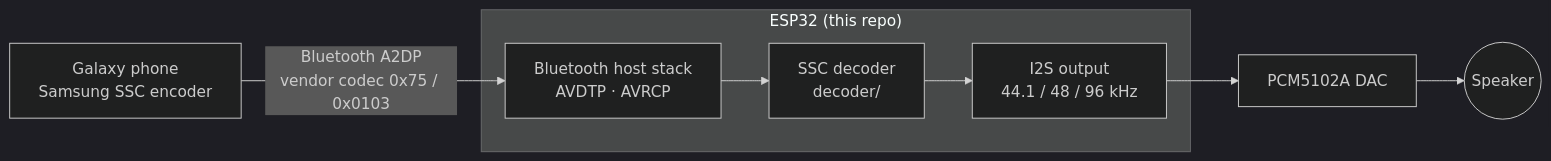
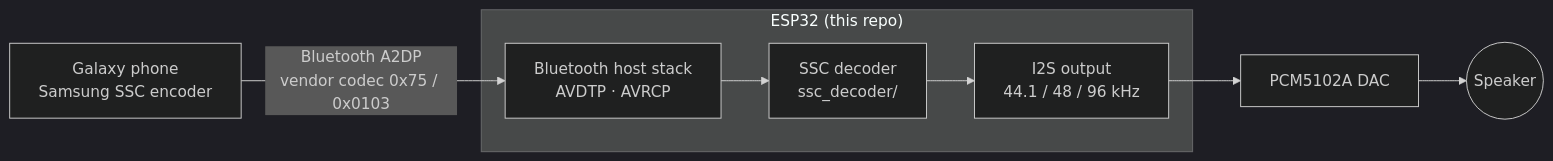
Before and after one commit to WillyBilly06/samsung-ssc-decoder: the diagram in README.md, drawn with Mermaid (dark theme). The commit also changed other lines of this file and 32 other files, not shown here.

````diff
--- a/README.md
+++ b/README.md
@@ -34,9 +34,9 @@
 ```mermaid
 flowchart LR
     phone["Galaxy phone<br/>Samsung SSC encoder"] -- "Bluetooth A2DP<br/>vendor codec 0x75 / 0x0103" --> bt
     subgraph esp["ESP32 (this repo)"]
-        bt["Bluetooth host stack<br/>AVDTP · AVRCP"] --> dec["SSC decoder<br/>decoder/"]
+        bt["Bluetooth host stack<br/>AVDTP · AVRCP"] --> dec["SSC decoder<br/>ssc_decoder/"]
         dec --> i2s["I2S output<br/>44.1 / 48 / 96 kHz"]
     end
     i2s --> dac["PCM5102A DAC"] --> spk(("Speaker"))
 ```
````
